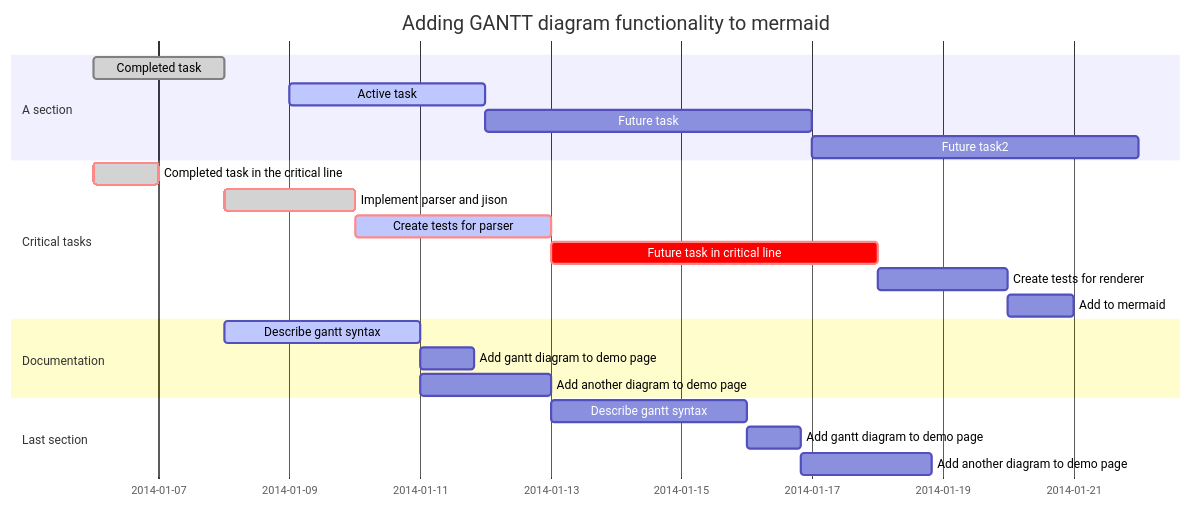
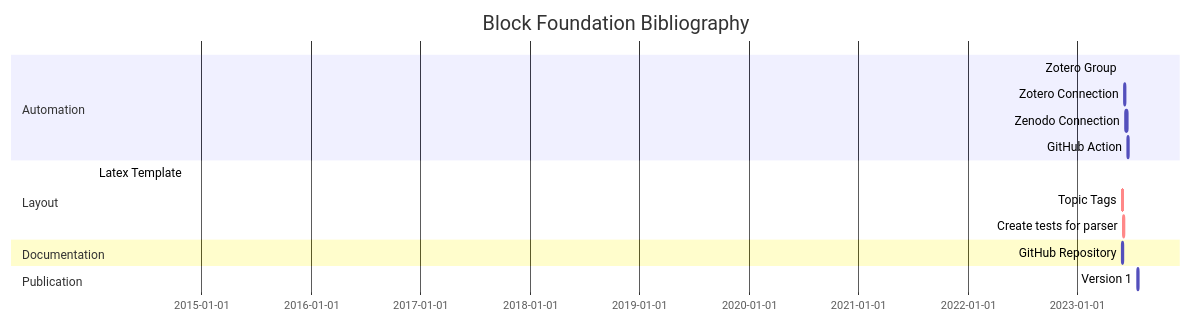
Before and after one commit to block-foundation/bibliography: the diagram in README.md, drawn with Mermaid. The commit also changed other lines of this file, not shown here.

````diff
--- a/README.md
+++ b/README.md
@@ -106,29 +106,23 @@
 ```mermaid
 gantt
-       dateFormat  YYYY-MM-DD
-       title Adding GANTT diagram functionality to mermaid
+      dateFormat  YYYY-MM-DD
+      title Block Foundation Bibliography
 
-       section A section
-       Completed task            :done,    des1, 2014-01-06,2014-01-08
-       Active task               :active,  des2, 2014-01-09, 3d
-       Future task               :         des3, after des2, 5d
-       Future task2              :         des4, after des3, 5d
+      section Automation
+      Zotero Group              :done,    des1, 2023-06-01,20123-06-14
+      Zotero Connection         :active,  des2, 2023-06-09, 3d
+      Zenodo Connection         :active,  des3, after des2, 5d
+      GitHub Action             :         des4, after des3, 5d
 
-       section Critical tasks
-       Completed task in the critical line :crit, done, 2014-01-06,24h
-       Implement parser and jison          :crit, done, after des1, 2d
-       Create tests for parser             :crit, active, 3d
-       Future task in critical line        :crit, 5d
-       Create tests for renderer           :2d
-       Add to mermaid                      :1d
+      section Layout
+      Latex Template                      :crit, done, 2014-01-06,24h
+      Topic Tags                          :crit, done, after des1, 2d
+      Create tests for parser             :crit, active, 3d
 
-       section Documentation
-       Describe gantt syntax               :active, a1, after des1, 3d
-       Add gantt diagram to demo page      :after a1  , 20h
-       Add another diagram to demo page    :doc1, after a1  , 48h
+      section Documentation
+      GitHub Repository                   :active, a1, after des1, 3d
 
-       section Last section
-       Describe gantt syntax               :after doc1, 3d
-       Add gantt diagram to demo page      :20h
-       Add another diagram to demo page    :48h
+      section Publication
+      Version 1                           :after doc1, 3d
+
 ```
````
